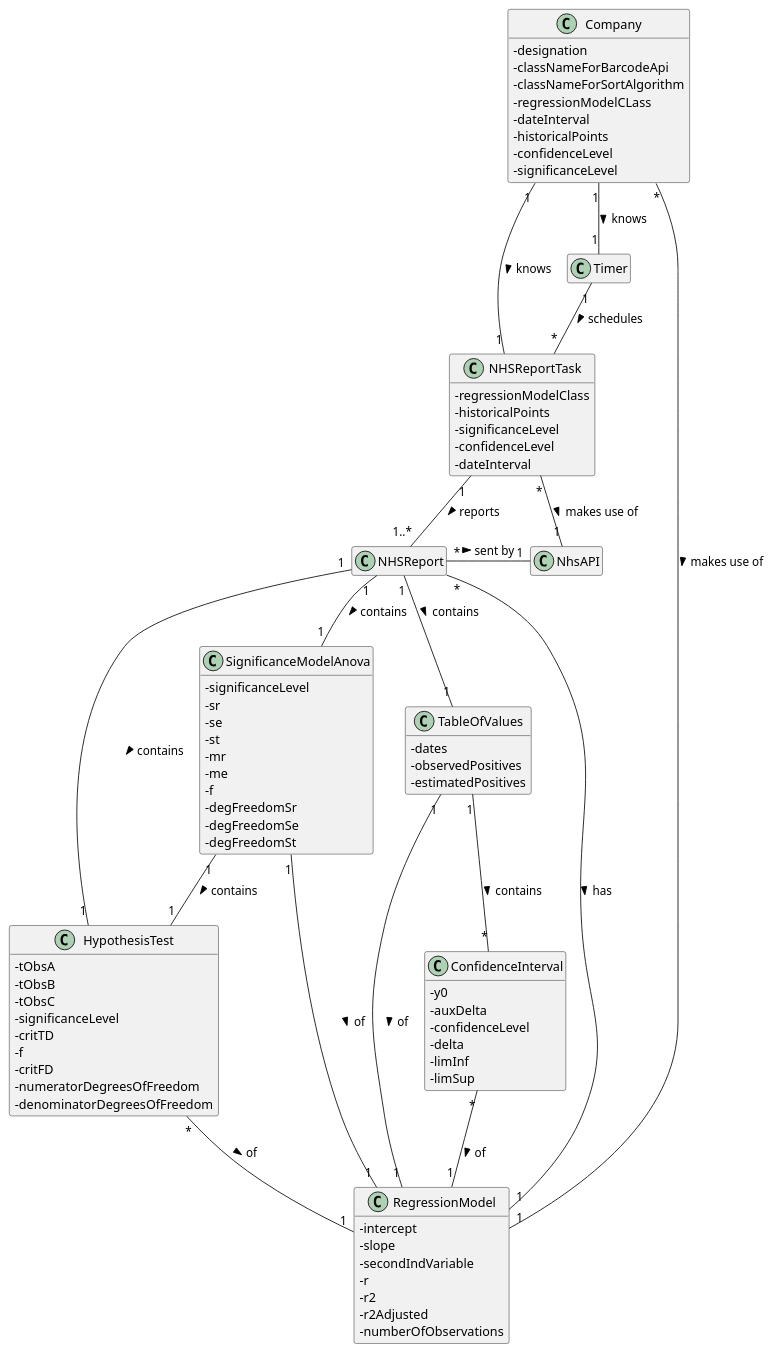
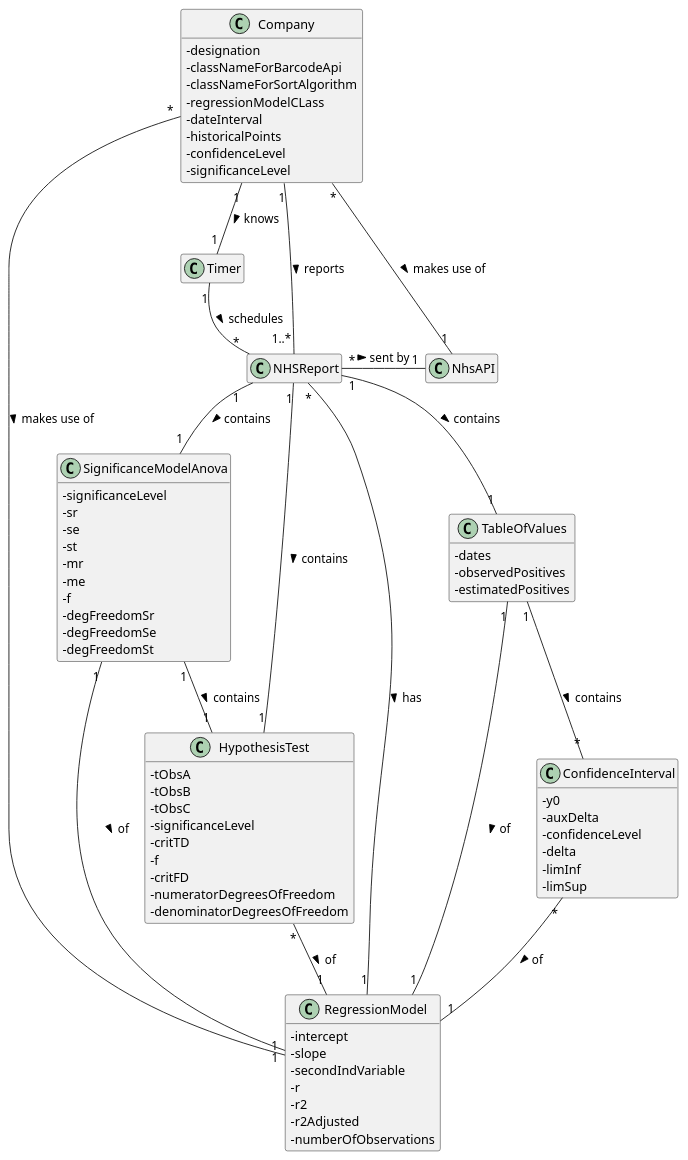
The diagram in docs/SprintD/US_19/US19_DM.puml (ana-albergaria/LAPR2-ISEP), drawn with PlantUML before and after one commit. The commit also changed 9 other files, not shown here.

```diff
--- a/docs/SprintD/US_19/US19_DM.puml
+++ b/docs/SprintD/US_19/US19_DM.puml
@@ -1,142 +1,145 @@
 @startuml
 
 skinparam classAttributeIconSize 0
 hide empty methods
 hide empty attributes
 
 class Company {
 -designation
 -classNameForBarcodeApi
 -classNameForSortAlgorithm
 -regressionModelCLass
 -dateInterval
 -historicalPoints
 -confidenceLevel
 -significanceLevel
 }
 
 class Timer {}
 
 class NhsAPI{}
 
 class NHSReport {}
 
 class RegressionModel {
 -intercept
 -slope
 -secondIndVariable
 -r
 -r2
 -r2Adjusted
 -numberOfObservations
 }
 
 /'class ConfigFile {}'/
 
 'The interval of dates to fit the regression model
 /'class IntervalOfDates {}'/
 
 'Number of days and number of weeks
 /'class NumberOfHistoricalPoints {}'/
 
 'hypothesis tests for regression coefficients
 class HypothesisTest {
 -tObsA
 -tObsB
 -tObsC
 -significanceLevel
 -critTD
 -f
 -critFD
 -numeratorDegreesOfFreedom
 -denominatorDegreesOfFreedom
 }
 
 'significance model with Anova.
 class SignificanceModelAnova {
 -significanceLevel
 -sr
 -se
 -st
 -mr
 -me
 -f
 -degFreedomSr
 -degFreedomSe
 -degFreedomSt
 }
 
 class TableOfValues {
 -dates
 -observedPositives
 -estimatedPositives
 }
 
 class ConfidenceInterval {
 -y0
 -auxDelta
 -confidenceLevel
 -delta
 -limInf
 -limSup
 }
 
-class NHSReportTask {
+/'class NHSReportTask {
 -regressionModelClass
 -historicalPoints
 -significanceLevel
 -confidenceLevel
 -dateInterval
-}
+}'/
 
-NHSReportTask "1" -- "1..*" NHSReport : reports >
+Timer "1" -- "*" NHSReport : schedules >
+/'NHSReportTask "1" -- "1..*" NHSReport : reports >'/
+Company "1" -- "1..*" NHSReport : reports >
 Company "1" -- "1" Timer : knows >
-Company "1" -- "1" NHSReportTask : knows >
+/'Company "1" -- "1" NHSReportTask : knows >'/
 /'Company "*" - "1" NhsAPI : makes use of >'/
-NHSReportTask "*" - "1" NhsAPI : makes use of >
+Company "*" - "1" NhsAPI : makes use of >
+/'NHSReportTask "*" - "1" NhsAPI : makes use of >'/
 NHSReport "*" - "1" NhsAPI : sent by >
 NHSReport "*" -- "1" RegressionModel : has >
 NHSReport "1" -- "1" HypothesisTest : contains >
 NHSReport "1" -- "1" SignificanceModelAnova : contains >
 Company "*" -- "1" RegressionModel : makes use of >
 HypothesisTest "*" -- "1" RegressionModel : of >
 SignificanceModelAnova "1" -- "1" RegressionModel : of >
 SignificanceModelAnova "1" -- "1" HypothesisTest : contains >
-NHSReport "1" -- "1" TableOfValues : contains >
+NHSReport "1" - "1" TableOfValues : contains >
 TableOfValues "1" -- "1" RegressionModel : of >
 TableOfValues "1" -- "*" ConfidenceInterval : contains >
 ConfidenceInterval "*" -- "1" RegressionModel : of >
-Timer "1" -- "*" NHSReportTask : schedules >
+/'Timer "1" -- "*" NHSReportTask : schedules >'/
 /'NHSReportTask "1" -- "1" RegressionModel : makes use of >'/
 /'NHSReportTask "*" -- "1" RegressionModel : makes use of >'/
 
 
 'ANTIGO
 /'NHSReportTask "1" -- "1..*" NHSReport : reports >
 Company "1" -- "1" Timer : knows >
 Company "*" - "1" NhsAPI : makes use of >'/
 /'NHSReportTask "*" -- "1" NhsAPI : makes use of >'/
 /'NHSReport "*" -- "1" NhsAPI : sent by >
 NHSReport "*" -- "1" RegressionModel : has >
 NHSReport "1" -- "1" HypothesisTest : contains >
 NHSReport "1" -- "1" SignificanceModelAnova : contains >
 Company "*" -- "1" RegressionModel : makes use of >
 HypothesisTest "*" -- "1" RegressionModel : of >
 SignificanceModelAnova "1" -- "1" RegressionModel : of >
 SignificanceModelAnova "1" -- "1" HypothesisTest : contains >
 NHSReport "1" -- "1" TableOfValues : contains >
 TableOfValues "1" -- "1" RegressionModel : of >
 TableOfValues "1" -- "*" ConfidenceInterval : contains >
 ConfidenceInterval "*" -- "1" RegressionModel : of >
 Timer "1" - "*" NHSReportTask : schedules >
 NHSReportTask "1" -- "1" RegressionModel : makes use of >'/
 /'NHSReportTask "*" -- "1" RegressionModel : makes use of >'/
 
 'Apagar posteriormente
 /'RegressionModel "1" -- "1" ConfigFile : defined by >
 IntervalOfDates "1" -- "1" ConfigFile : defined by >
 NumberOfHistoricalPoints "1" -- "1" ConfigFile : defined by >'/
 
 
 
 @enduml
```
